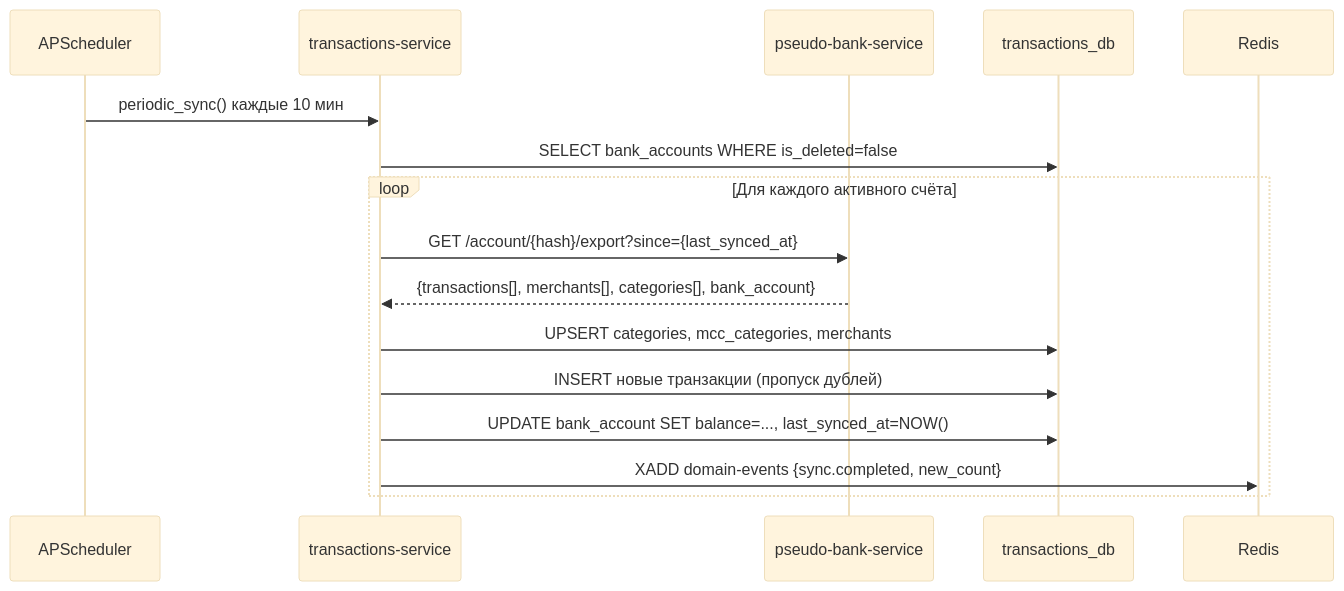
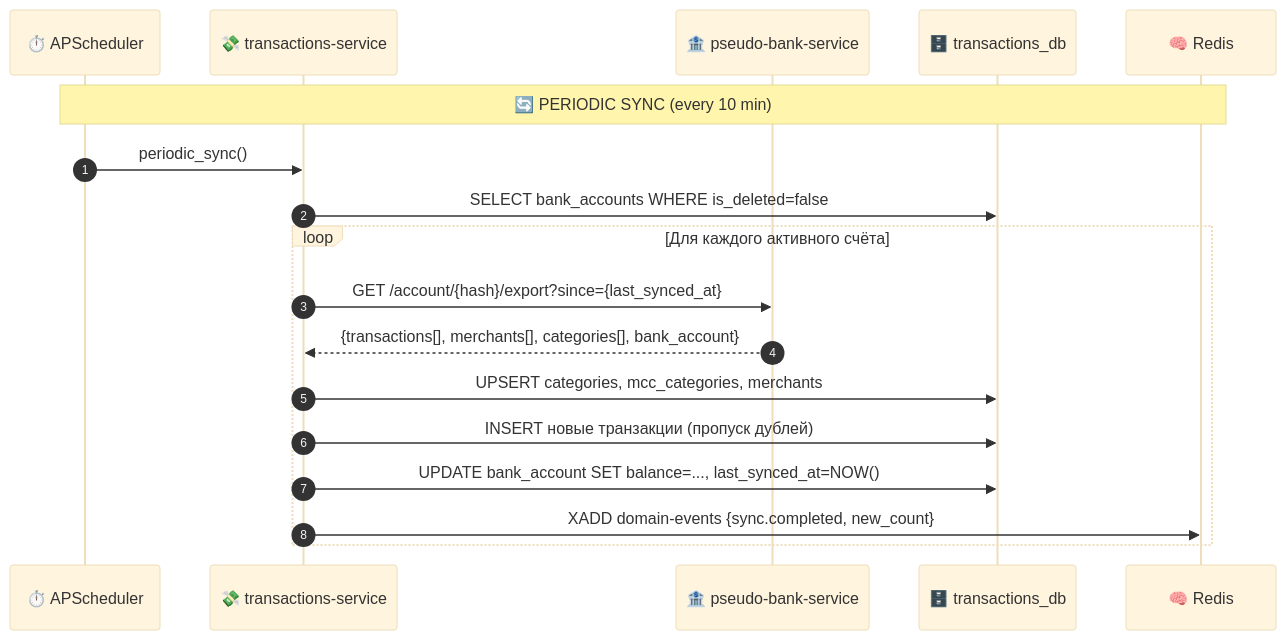
One commit to Alekcey5977/smart-budget-backend changed the diagram in docs/api/sync.md. Above: the diagram before and after it, drawn with Mermaid (base theme). The commit also changed 10 other files, not shown here.

````diff
--- a/docs/api/sync.md
+++ b/docs/api/sync.md
@@ -49,19 +49,21 @@
 ```mermaid
 sequenceDiagram
-    participant APSched as APScheduler
-    participant TS as transactions-service
-    participant PBS as pseudo-bank-service
-    participant DB as transactions_db
-    participant Redis
+    autonumber
+    participant APSched as ⏱️ APScheduler
+    participant TS as 💸 transactions-service
+    participant PBS as 🏦 pseudo-bank-service
+    participant DB as 🗄️ transactions_db
+    participant Redis as 🧠 Redis
 
-    APSched->>TS: periodic_sync() каждые 10 мин
+    Note over APSched,Redis: 🔄 PERIODIC SYNC (every 10 min)
+    APSched->>TS: periodic_sync()
     TS->>DB: SELECT bank_accounts WHERE is_deleted=false
     loop Для каждого активного счёта
         TS->>PBS: GET /account/{hash}/export?since={last_synced_at}
         PBS-->>TS: {transactions[], merchants[], categories[], bank_account}
         TS->>DB: UPSERT categories, mcc_categories, merchants
         TS->>DB: INSERT новые транзакции (пропуск дублей)
         TS->>DB: UPDATE bank_account SET balance=..., last_synced_at=NOW()
         TS->>Redis: XADD domain-events {sync.completed, new_count}
     end
 ```
````
